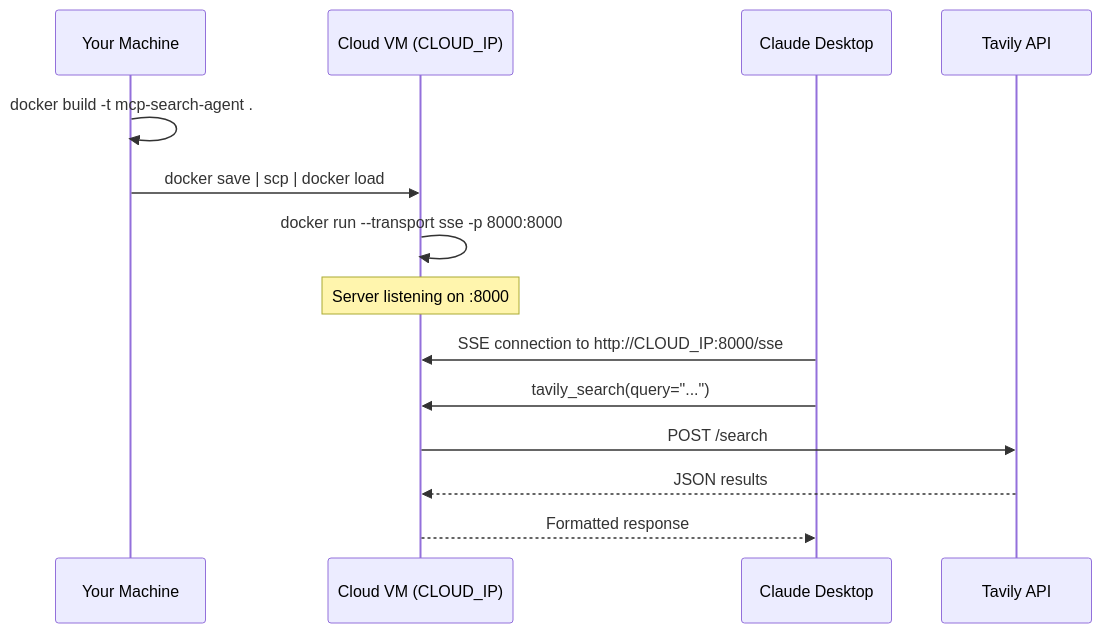
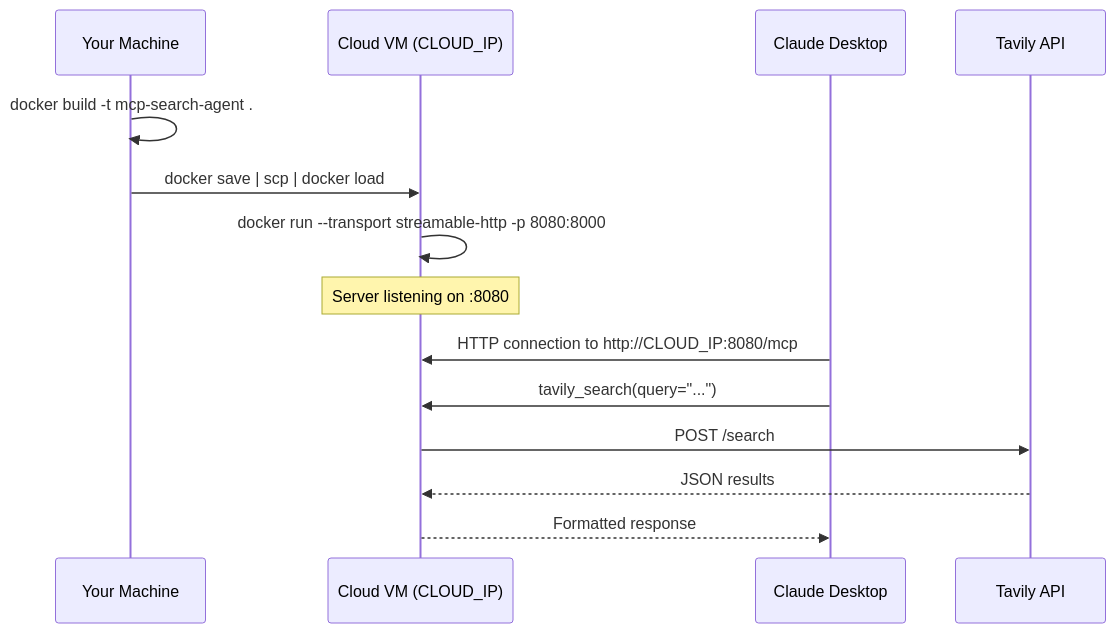
One commit to iportilla/agent-search changed the fifth of 6 diagrams in README.md. Above: the diagram before and after it, drawn with Mermaid. The commit also changed other lines of this file and 2 other files, not shown here.

````diff
--- a/README.md
+++ b/README.md
@@ -196,17 +196,17 @@
 ```mermaid
 sequenceDiagram
     participant Dev as Your Machine
     participant VM as Cloud VM (CLOUD_IP)
     participant Claude as Claude Desktop
     participant Tavily as Tavily API
 
     Dev->>Dev: docker build -t mcp-search-agent .
     Dev->>VM: docker save | scp | docker load
-    VM->>VM: docker run --transport sse -p 8000:8000
-    Note over VM: Server listening on :8000
-    Claude->>VM: SSE connection to http://CLOUD_IP:8000/sse
+    VM->>VM: docker run --transport streamable-http -p 8080:8000
+    Note over VM: Server listening on :8080
+    Claude->>VM: HTTP connection to http://CLOUD_IP:8080/mcp
     Claude->>VM: tavily_search(query="...")
     VM->>Tavily: POST /search
     Tavily-->>VM: JSON results
     VM-->>Claude: Formatted response
 ```
````
